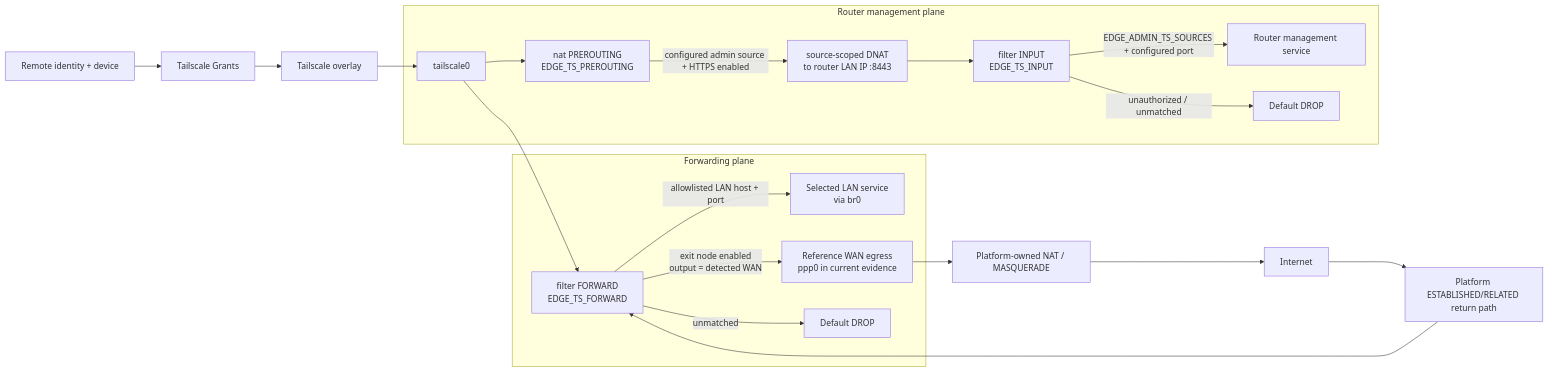
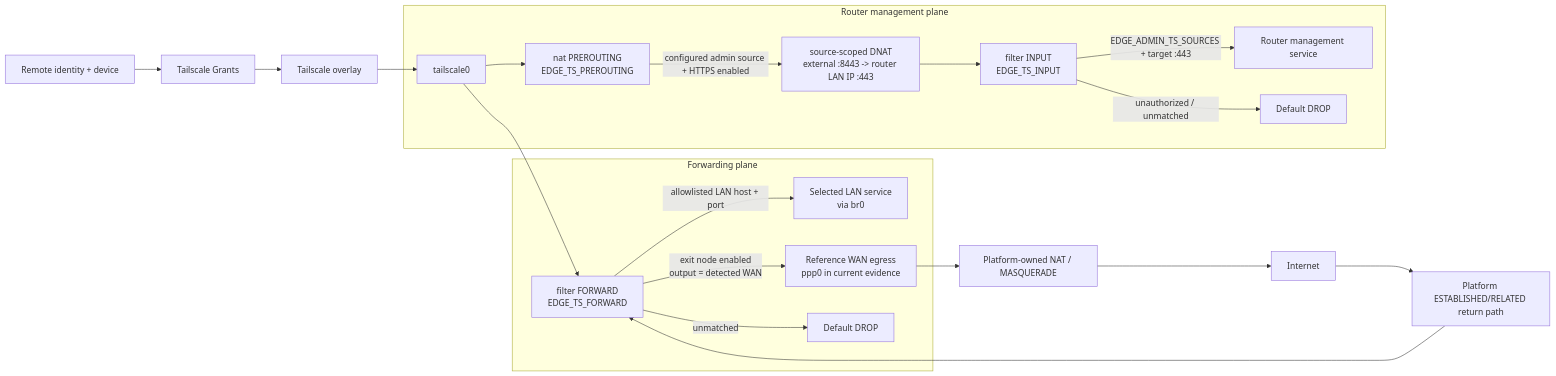
One commit to wojko6/Advanced-ASUS-Edge-Gateway-ZTNA-Infrastructure changed the diagram in docs/architecture/tailscale-management-exit-node-flow.md. Above: the diagram before and after it, drawn with Mermaid. The commit also changed other lines of this file and 5 other files, not shown here.

````diff
--- a/docs/architecture/tailscale-management-exit-node-flow.md
+++ b/docs/architecture/tailscale-management-exit-node-flow.md
@@ -7,26 +7,26 @@
 ```mermaid
 flowchart LR
     U["Remote identity + device"] --> G["Tailscale Grants"]
     G --> O["Tailscale overlay"]
     O --> T["tailscale0"]
 
     subgraph MGMT["Router management plane"]
         T --> NP["nat PREROUTING<br/>EDGE_TS_PREROUTING"]
-        NP -->|"configured admin source + HTTPS enabled"| DN["source-scoped DNAT<br/>to router LAN IP :8443"]
+        NP -->|"configured admin source + HTTPS enabled"| DN["source-scoped DNAT<br/>external :8443 -> router LAN IP :443"]
         DN --> IN["filter INPUT<br/>EDGE_TS_INPUT"]
-        IN -->|"EDGE_ADMIN_TS_SOURCES + configured port"| MS["Router management service"]
+        IN -->|"EDGE_ADMIN_TS_SOURCES + target :443"| MS["Router management service"]
         IN -->|"unauthorized / unmatched"| MD["Default DROP"]
     end
 
     subgraph FWD["Forwarding plane"]
         T --> FF["filter FORWARD<br/>EDGE_TS_FORWARD"]
         FF -->|"allowlisted LAN host + port"| LAN["Selected LAN service<br/>via br0"]
         FF -->|"exit node enabled<br/>output = detected WAN"| WAN["Reference WAN egress<br/>ppp0 in current evidence"]
         FF -->|"unmatched"| FD["Default DROP"]
     end
 
     WAN --> PN["Platform-owned NAT / MASQUERADE"]
     PN --> NET["Internet"]
     NET --> RET["Platform ESTABLISHED/RELATED return path"]
     RET --> FF
 ```
````
